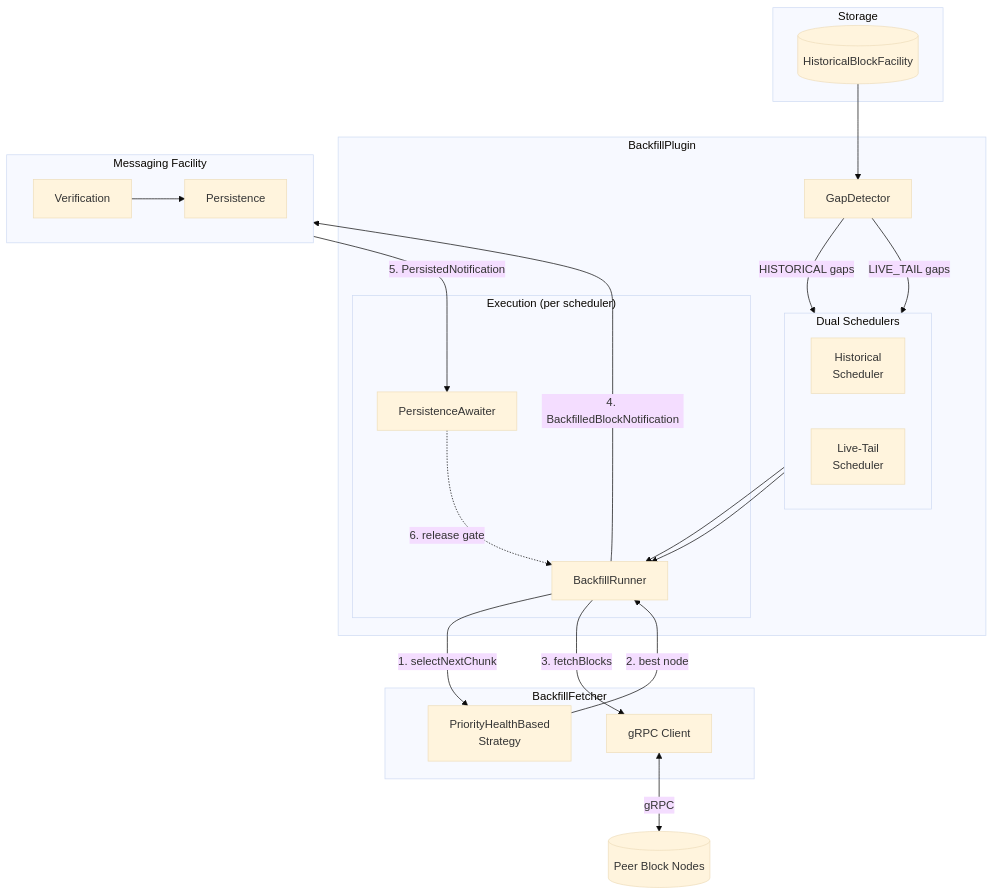
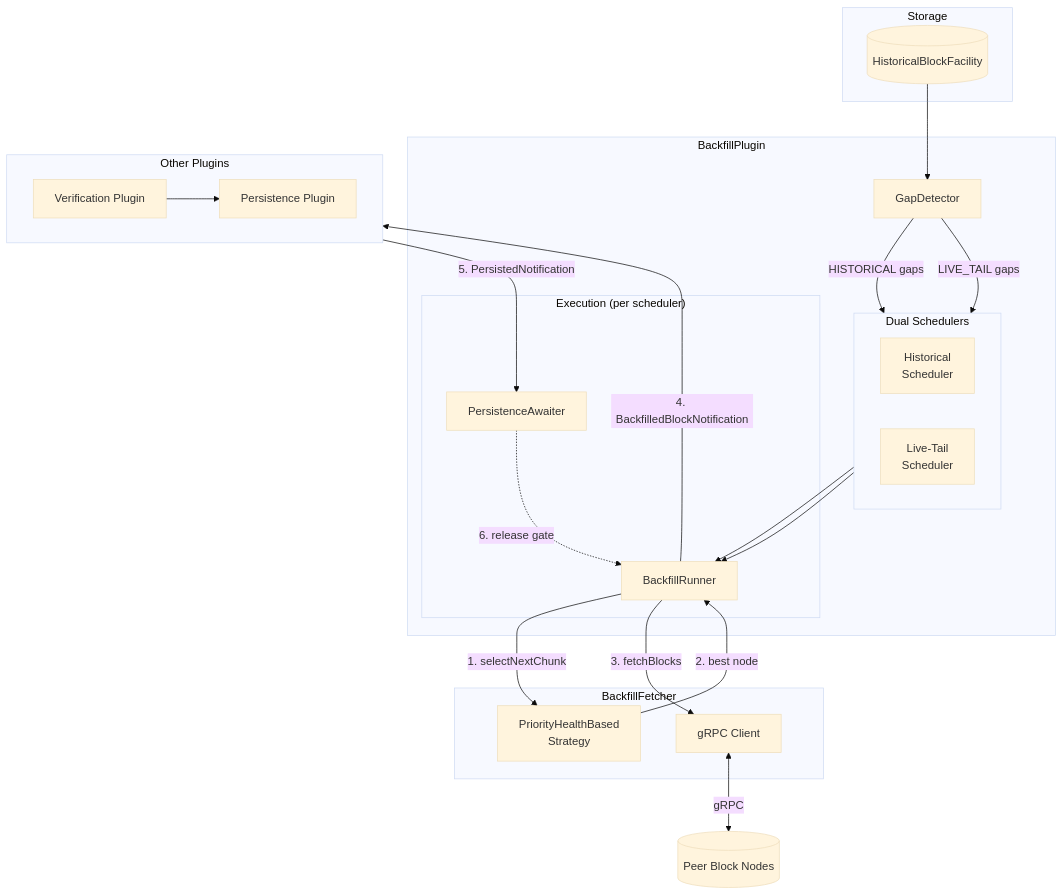
The first of 4 diagrams in docs/design/backfill-plugin.md (hiero-ledger/hiero-block-node), drawn with Mermaid (base theme) before and after one commit.

Commit message:
improved Diagram that that explains backfill internal architecture more clearly

````diff
--- a/docs/design/backfill-plugin.md
+++ b/docs/design/backfill-plugin.md
@@ -86,55 +86,55 @@
 ```mermaid
 flowchart TB
   subgraph Storage["Storage"]
     ST[("HistoricalBlockFacility")]
   end
 
   subgraph Plugin["BackfillPlugin"]
     GD["GapDetector"]
 
     subgraph Schedulers["Dual Schedulers"]
       direction LR
       HS["Historical<br/>Scheduler"]
       LS["Live-Tail<br/>Scheduler"]
     end
 
     subgraph Execution["Execution (per scheduler)"]
       RNR["BackfillRunner"]
       AWT["PersistenceAwaiter"]
     end
   end
 
   subgraph Fetcher["BackfillFetcher"]
     SEL["PriorityHealthBased<br/>Strategy"]
     CLI["gRPC Client"]
   end
 
   PEER[("Peer Block Nodes")]
 
-  subgraph Messaging["Messaging Facility"]
+  subgraph Plugins["Other Plugins"]
     direction LR
-    VER["Verification"]
-    PERS["Persistence"]
+    VER["Verification Plugin"]
+    PERS["Persistence Plugin"]
   end
 
   %% Gap detection flow
   ST --> GD
   GD -->|"HISTORICAL gaps"| HS
   GD -->|"LIVE_TAIL gaps"| LS
 
   %% Execution flow
   HS --> RNR
   LS --> RNR
   RNR -->|"1. selectNextChunk"| SEL
   SEL -->|"2. best node"| RNR
   RNR -->|"3. fetchBlocks"| CLI
   CLI <-->|"gRPC"| PEER
 
   %% Dispatch flow
-  RNR -->|"4. BackfilledBlockNotification"| Messaging
+  RNR -->|"4. BackfilledBlockNotification"| VER
   VER --> PERS
 
   %% Backpressure flow
-  Messaging -->|"5. PersistedNotification"| AWT
+  PERS -->|"5. PersistedNotification"| AWT
   AWT -.->|"6. release gate"| RNR
 ```
````
